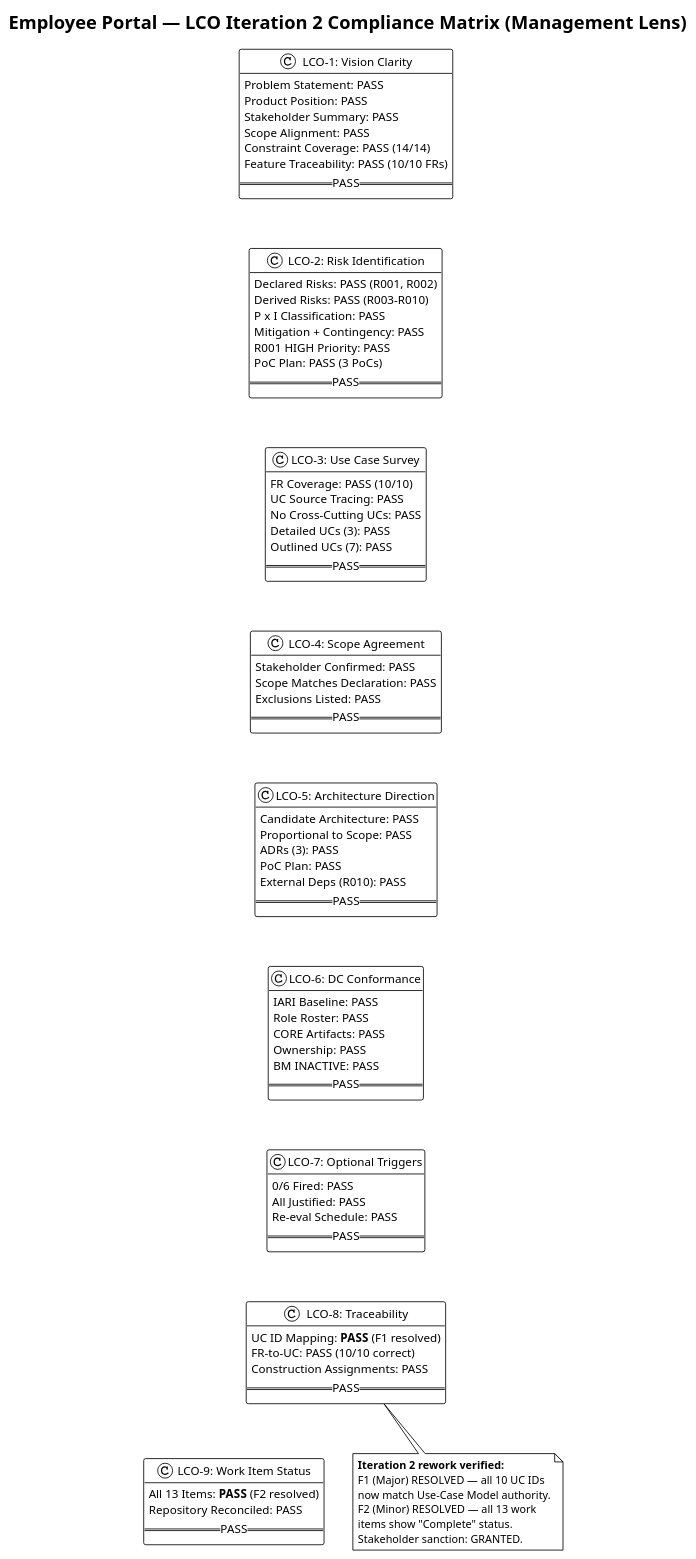
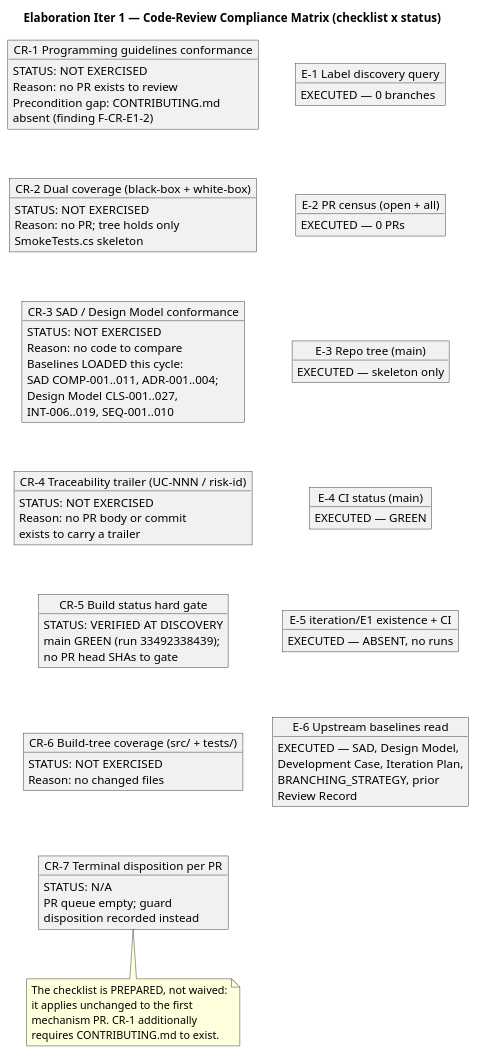
The second of 5 diagrams in docs/artifacts/project-management/review-record.md (banense-test/employee-portal), drawn with PlantUML before and after one commit. The commit also changed other lines of this file, not shown here.

First line of the commit message:
Code Reviewer [E1]: upsert Review Record

````diff
--- a/docs/artifacts/project-management/review-record.md
+++ b/docs/artifacts/project-management/review-record.md
@@ -92,99 +88,85 @@
 ```plantuml
 @startuml
-!theme plain
-title Employee Portal — LCO Iteration 2 Compliance Matrix (Management Lens)
+title Elaboration Iter 1 — Code-Review Compliance Matrix (checklist x status)
 
-class "LCO-1: Vision Clarity" as LCO1 {
-  Problem Statement: PASS
-  Product Position: PASS
-  Stakeholder Summary: PASS
-  Scope Alignment: PASS
-  Constraint Coverage: PASS (14/14)
-  Feature Traceability: PASS (10/10 FRs)
-  == PASS ==
+object "CR-1 Programming guidelines conformance" as CR1 {
+  STATUS: NOT EXERCISED
+  Reason: no PR exists to review
+  Precondition gap: CONTRIBUTING.md
+  absent (finding F-CR-E1-2)
+}
+object "CR-2 Dual coverage (black-box + white-box)" as CR2 {
+  STATUS: NOT EXERCISED
+  Reason: no PR; tree holds only
+  SmokeTests.cs skeleton
+}
+object "CR-3 SAD / Design Model conformance" as CR3 {
+  STATUS: NOT EXERCISED
+  Reason: no code to compare
+  Baselines LOADED this cycle:
+  SAD COMP-001..011, ADR-001..004;
+  Design Model CLS-001..027,
+  INT-006..019, SEQ-001..010
+}
+object "CR-4 Traceability trailer (UC-NNN / risk-id)" as CR4 {
+  STATUS: NOT EXERCISED
+  Reason: no PR body or commit
+  exists to carry a trailer
+}
+object "CR-5 Build status hard gate" as CR5 {
+  STATUS: VERIFIED AT DISCOVERY
+  main GREEN (run 33492338439);
+  no PR head SHAs to gate
+}
+object "CR-6 Build-tree coverage (src/ + tests/)" as CR6 {
+  STATUS: NOT EXERCISED
+  Reason: no changed files
+}
+object "CR-7 Terminal disposition per PR" as CR7 {
+  STATUS: N/A
+  PR queue empty; guard
+  disposition recorded instead
 }
 
-class "LCO-2: Risk Identification" as LCO2 {
-  Declared Risks: PASS (R001, R002)
-  Derived Risks: PASS (R003-R010)
-  P x I Classification: PASS
-  Mitigation + Contingency: PASS
-  R001 HIGH Priority: PASS
-  PoC Plan: PASS (3 PoCs)
-  == PASS ==
+object "E-1 Label discovery query" as E1 {
+  EXECUTED — 0 branches
+}
+object "E-2 PR census (open + all)" as E2 {
+  EXECUTED — 0 PRs
+}
+object "E-3 Repo tree (main)" as E3 {
+  EXECUTED — skeleton only
+}
+object "E-4 CI status (main)" as E4 {
+  EXECUTED — GREEN
+}
+object "E-5 iteration/E1 existence + CI" as E5 {
+  EXECUTED — ABSENT, no runs
+}
+object "E-6 Upstream baselines read" as E6 {
+  EXECUTED — SAD, Design Model,
+  Development Case, Iteration Plan,
+  BRANCHING_STRATEGY, prior
+  Review Record
 }
 
-class "LCO-3: Use Case Survey" as LCO3 {
-  FR Coverage: PASS (10/10)
-  UC Source Tracing: PASS
-  No Cross-Cutting UCs: PASS
-  Detailed UCs (3): PASS
-  Outlined UCs (7): PASS
-  == PASS ==
-}
+CR1 -[hidden]-> CR2
+CR2 -[hidden]-> CR3
+CR3 -[hidden]-> CR4
+CR4 -[hidden]-> CR5
+CR5 -[hidden]-> CR6
+CR6 -[hidden]-> CR7
+E1 -[hidden]-> E2
+E2 -[hidden]-> E3
+E3 -[hidden]-> E4
+E4 -[hidden]-> E5
+E5 -[hidden]-> E6
 
-class "LCO-4: Scope Agreement" as LCO4 {
-  Stakeholder Confirmed: PASS
-  Scope Matches Declaration: PASS
-  Exclusions Listed: PASS
-  == PASS ==
-}
-
-class "LCO-5: Architecture Direction" as LCO5 {
-  Candidate Architecture: PASS
-  Proportional to Scope: PASS
-  ADRs (3): PASS
-  PoC Plan: PASS
-  External Deps (R010): PASS
-  == PASS ==
-}
-
-class "LCO-6: DC Conformance" as LCO6 {
-  IARI Baseline: PASS
-  Role Roster: PASS
-  CORE Artifacts: PASS
-  Ownership: PASS
-  BM INACTIVE: PASS
-  == PASS ==
-}
-
-class "LCO-7: Optional Triggers" as LCO7 {
-  0/6 Fired: PASS
-  All Justified: PASS
-  Re-eval Schedule: PASS
-  == PASS ==
-}
-
-class "LCO-8: Traceability" as LCO8 {
-  UC ID Mapping: **PASS** (F1 resolved)
-  FR-to-UC: PASS (10/10 correct)
-  Construction Assignments: PASS
-  == PASS ==
-}
-
-class "LCO-9: Work Item Status" as LCO9 {
-  All 13 Items: **PASS** (F2 resolved)
-  Repository Reconciled: PASS
-  == PASS ==
-}
-
-LCO1 -[hidden]-> LCO2
-LCO2 -[hidden]-> LCO3
-LCO3 -[hidden]-> LCO4
-LCO4 -[hidden]-> LCO5
-LCO5 -[hidden]-> LCO6
-LCO6 -[hidden]-> LCO7
-LCO7 -[hidden]-> LCO8
-LCO8 -[hidden]-> LCO9
-
-note bottom of LCO8
-  **Iteration 2 rework verified:**
-  F1 (Major) RESOLVED — all 10 UC IDs
-  now match Use-Case Model authority.
-  F2 (Minor) RESOLVED — all 13 work
-  items show "Complete" status.
-  Stakeholder sanction: GRANTED.
+note bottom of CR7
+  The checklist is PREPARED, not waived:
+  it applies unchanged to the first
+  mechanism PR. CR-1 additionally
+  requires CONTRIBUTING.md to exist.
 end note
-
 @enduml
 ```
````
